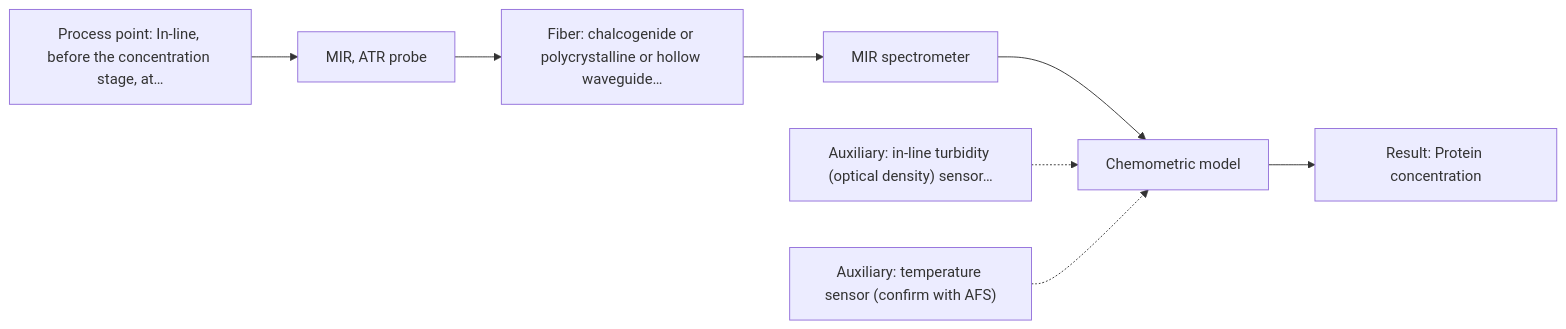
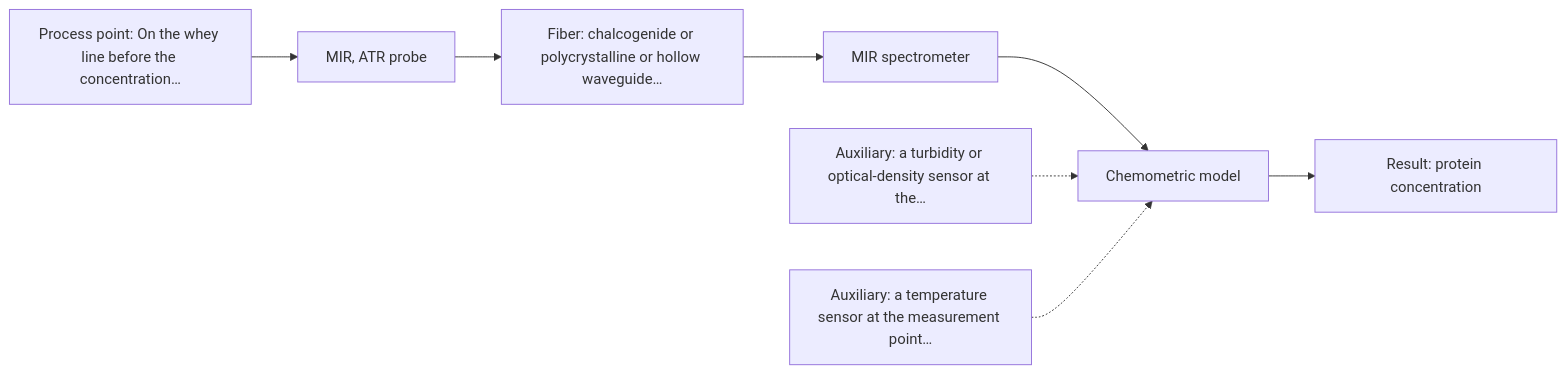
One commit to sleipnir029/Afs-Spectroscopy-Assistant changed the first of 2 diagrams in outputs/dev/D03.md. Above: the diagram before and after it, drawn with Mermaid. The commit also changed other lines of this file and 15 other files, not shown here.

Commit message:
Phase 4 dev outputs (--external=live, code f6538ee): 8/8 pass, 0 hard failures, 227/227 citations, replay 8/8 equal, 15/15 charts, 8/8 cost

````diff
--- a/outputs/dev/D03.md
+++ b/outputs/dev/D03.md
@@ -36,18 +38,18 @@
 ```mermaid
 flowchart LR
-    proc["Process point: In-line, before the concentration stage, at…"]
+    proc["Process point: On the whey line before the concentration…"]
     probe1["MIR, ATR probe"]
     fiber1["Fiber: chalcogenide or polycrystalline or hollow waveguide…"]
     spec1["MIR spectrometer"]
     model["Chemometric model"]
-    result["Result: Protein concentration"]
-    aux1["Auxiliary: in-line turbidity (optical density) sensor…"]
-    aux2["Auxiliary: temperature sensor (confirm with AFS)"]
+    result["Result: protein concentration"]
+    aux1["Auxiliary: a turbidity or optical-density sensor at the…"]
+    aux2["Auxiliary: a temperature sensor at the measurement point…"]
     proc --> probe1
     probe1 --> fiber1
     fiber1 --> spec1
     spec1 --> model
     model --> result
     aux1 -.-> model
     aux2 -.-> model
 ```
````
